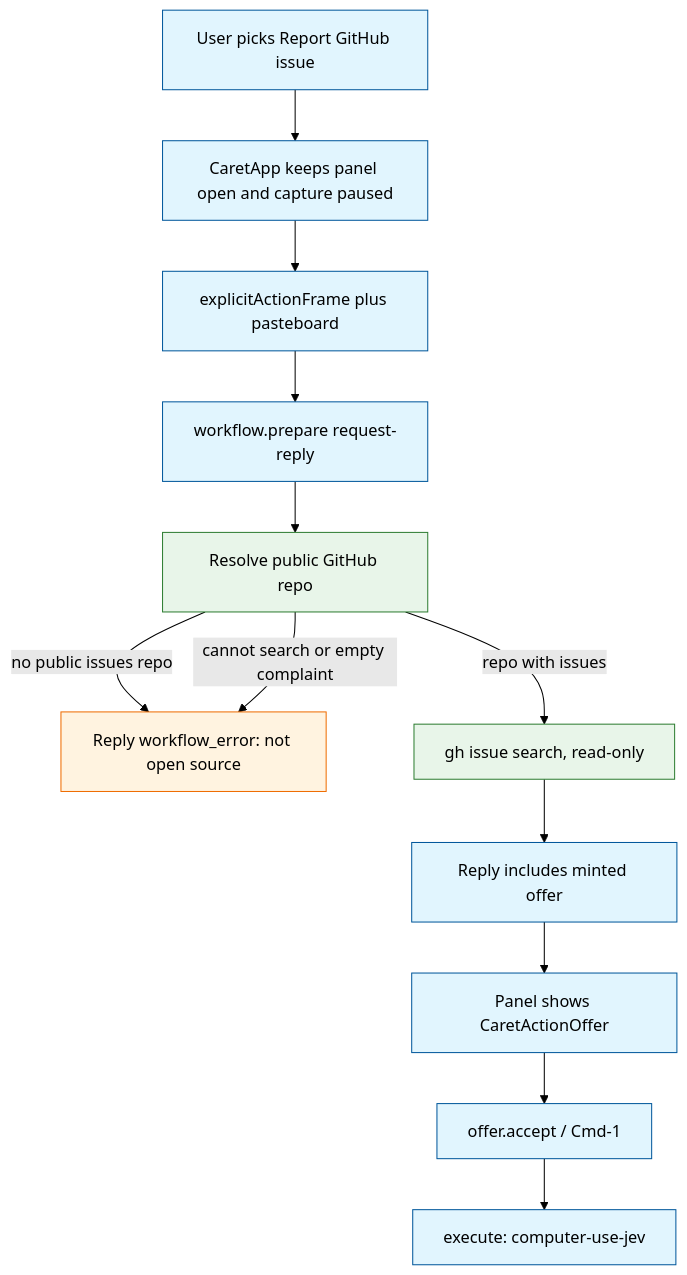
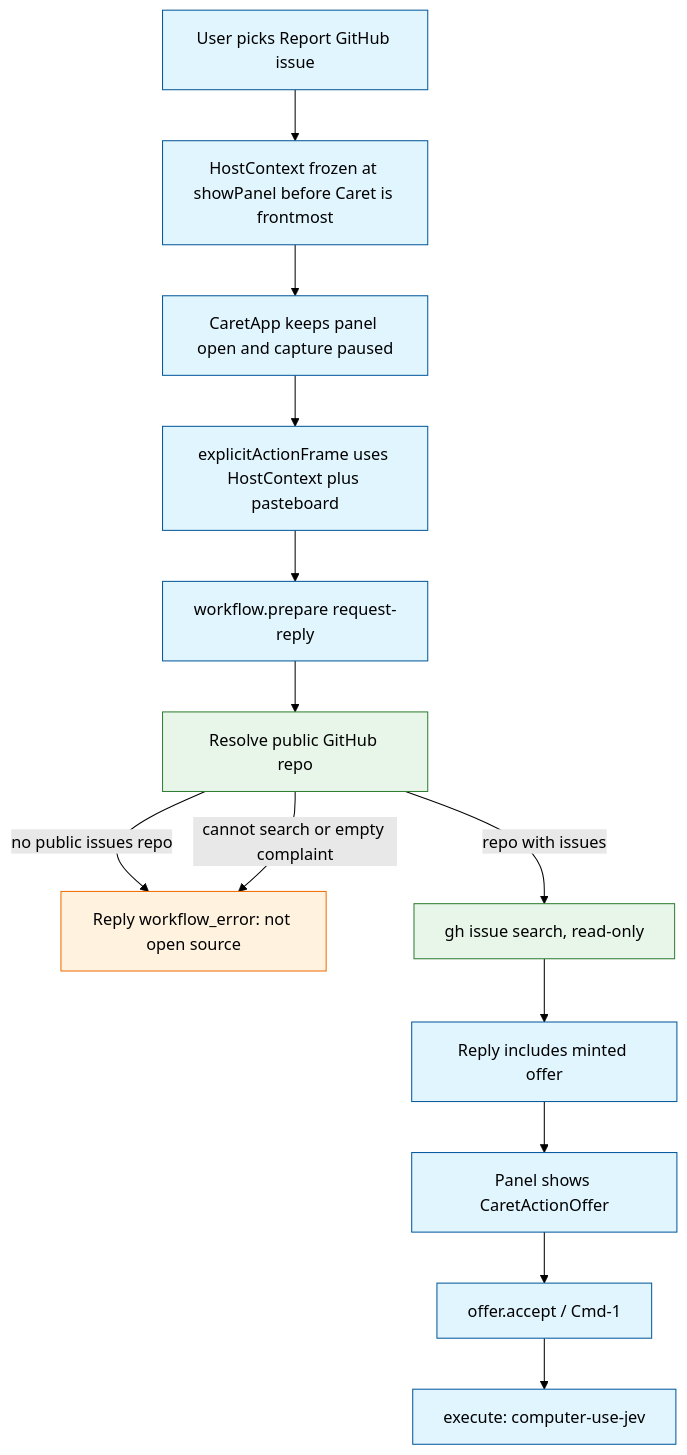
Before and after one commit to theodorexli/Caret: the first of 2 diagrams in memory-bank/active/tasks.md, drawn with Mermaid (forest theme). The commit also changed other lines of this file and 2 other files, not shown here.

Commit message:
chore: saving work before preflight phase

````diff
--- a/memory-bank/active/tasks.md
+++ b/memory-bank/active/tasks.md
@@ -15,18 +15,19 @@
 ```mermaid
 flowchart TD
     classDef existing fill:#e1f5fe,stroke:#01579b
     classDef local fill:#e8f5e9,stroke:#2e7d32
     classDef fail fill:#fff3e0,stroke:#ef6c00
 
-    Invoke["User picks Report GitHub issue"]:::existing --> Stay["CaretApp keeps panel open and capture paused"]:::existing
-    Stay --> Frame["explicitActionFrame plus pasteboard"]:::existing
+    Invoke["User picks Report GitHub issue"]:::existing --> Host["HostContext frozen at showPanel before Caret is frontmost"]:::existing
+    Host --> Stay["CaretApp keeps panel open and capture paused"]:::existing
+    Stay --> Frame["explicitActionFrame uses HostContext plus pasteboard"]:::existing
     Frame --> Prepare["workflow.prepare request-reply"]:::existing
     Prepare --> Resolve["Resolve public GitHub repo"]:::local
     Resolve -->|"no public issues repo"| OssFail["Reply workflow_error: not open source"]:::fail
     Resolve -->|"cannot search or empty complaint"| OssFail
     Resolve -->|"repo with issues"| Search["gh issue search, read-only"]:::local
     Search --> Reply["Reply includes minted offer"]:::existing
     Reply --> Show["Panel shows CaretActionOffer"]:::existing
     Show --> Accept["offer.accept / Cmd-1"]:::existing
     Accept --> Jev["execute: computer-use-jev"]:::existing
 ```
````
